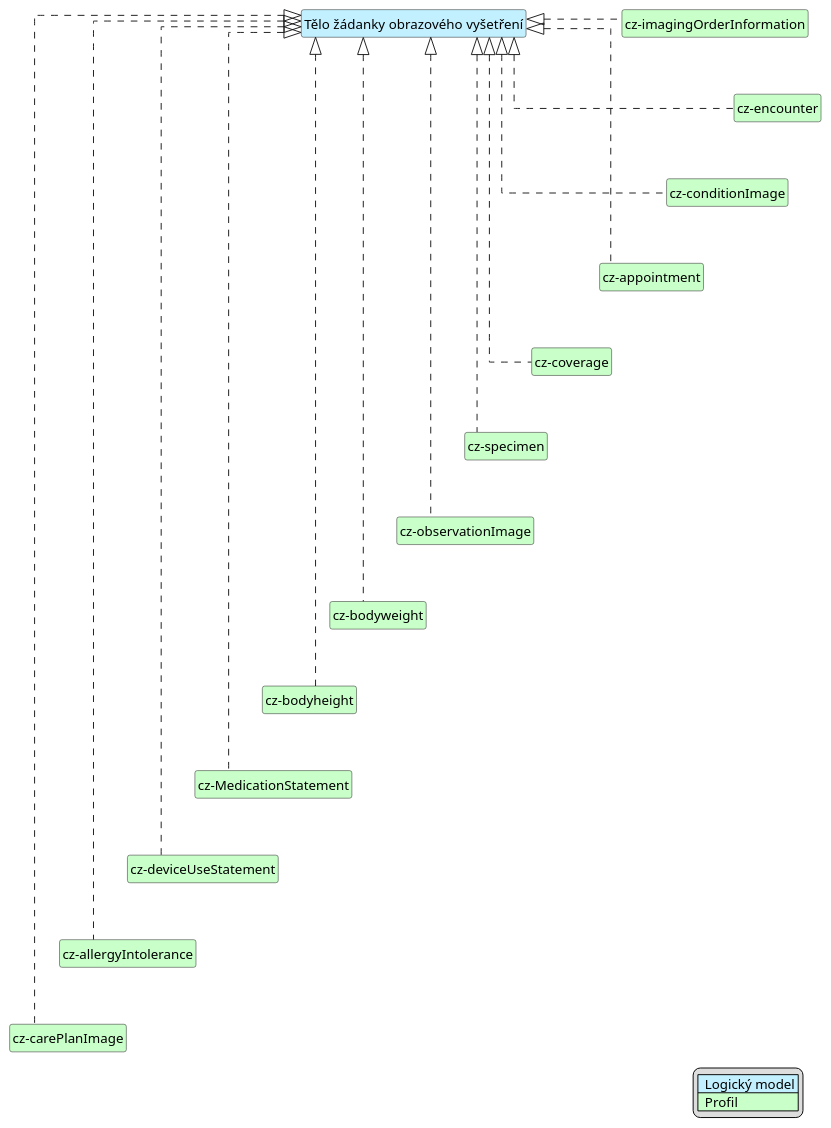
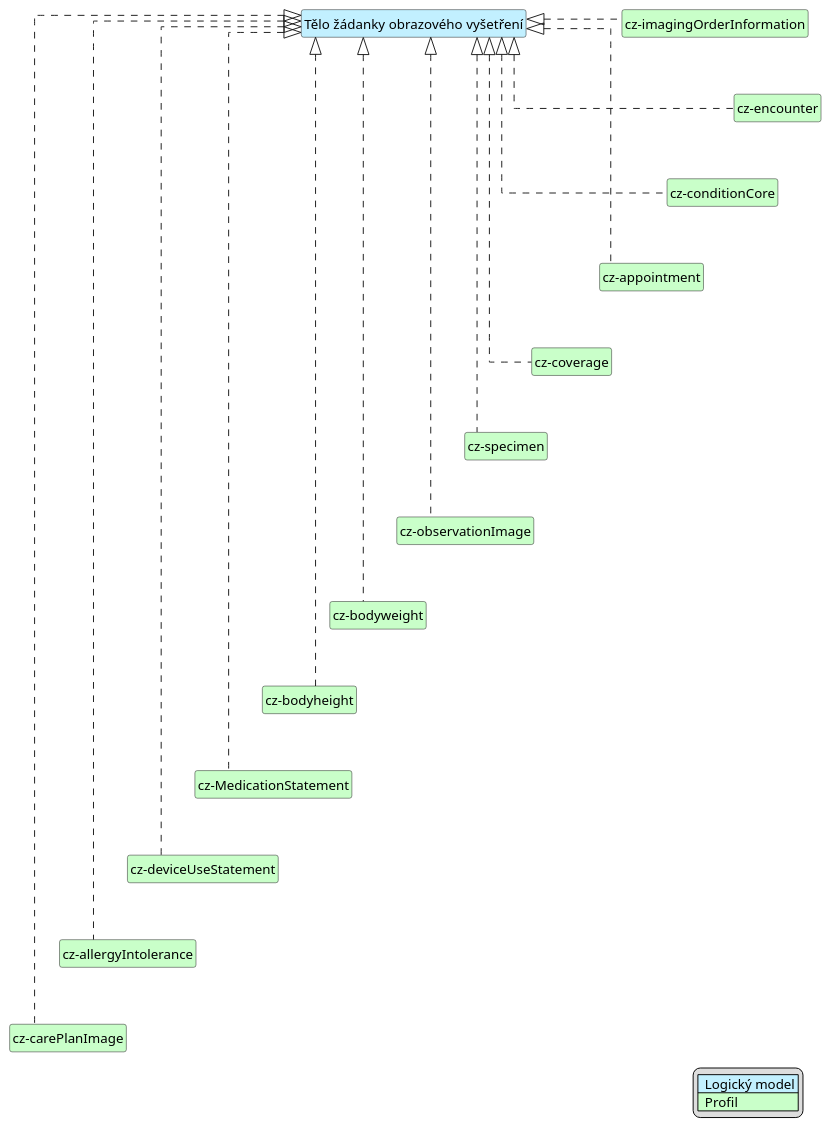
The diagram in input/images-source/imgOrderBody-map-cs.plantuml (HL7-cz/img-order), drawn with PlantUML before and after one commit. The commit also changed 4 other files, not shown here.

```diff
--- a/input/images-source/imgOrderBody-map-cs.plantuml
+++ b/input/images-source/imgOrderBody-map-cs.plantuml
@@ -1,58 +1,58 @@
 @startuml
 hide circle
 hide stereotype
 hide members
 hide methods
 skinparam linetype ortho
 skinparam class {
 BackgroundColor<<LogicalModel>> #APPLICATION
 BackgroundColor<<Profile>> #TECHNOLOGY
 }
 legend right
 | <#APPLICATION>  Logický model |
 | <#TECHNOLOGY>  Profil |
 endlegend
 class "Tělo žádanky obrazového vyšetření" <<LogicalModel>> [[StructureDefinition-BodyImageOrderCz.html]]
 
 class "cz-imagingOrderInformation" <<Profile>> [[StructureDefinition-cz-imagingOrderInformation.html]]
-class "cz-conditionImage" <<Profile>> [[https://hl7.cz/fhir/core/StructureDefinition-condition-cz-core.html]]
+class "cz-conditionCore" <<Profile>> [[https://hl7.cz/fhir/core/StructureDefinition-condition-cz-core.html]]
 class "cz-encounter" <<Profile>> [[https://hl7.cz/fhir/core/StructureDefinition-cz-encounter.html]]
 class "cz-coverage" <<Profile>> [[https://hl7.cz/fhir/core/StructureDefinition-cz-coverage.html]]
 class "cz-appointment" <<Profile>> [[https://hl7.cz/fhir/core/StructureDefinition-appointment-cz-core.html]]
 class "cz-specimen" <<Profile>> [[https://hl7.cz/fhir/core/StructureDefinition-cz-specimen.html]]
 class "cz-observationImage" <<Profile>> [[StructureDefinition-cz-observationImage.html]]
 class "cz-bodyweight" <<Profile>> [[StructureDefinition-cz-bodyweight.html]]
 class "cz-bodyheight" <<Profile>> [[StructureDefinition-cz-bodyheight.html]]
 class "cz-MedicationStatement" <<Profile>> [[https://hl7.cz/fhir/core/StructureDefinition-medicationStatement-cz-core.html]]
 class "cz-deviceUseStatement" <<Profile>> [[StructureDefinition-cz-deviceUseStatement.html]]
 class "cz-allergyIntolerance" <<Profile>> [[https://hl7.cz/fhir/core/StructureDefinition-allergyIntolerance-cz-core.html]]
 class "cz-carePlanImage" <<Profile>> [[https://hl7.cz/fhir/core/StructureDefinition-carePlan-cz-core.html]]
 
 "Tělo žádanky obrazového vyšetření" <|. "cz-imagingOrderInformation"
 "Tělo žádanky obrazového vyšetření" <|. "cz-appointment"
 "Tělo žádanky obrazového vyšetření" <|. "cz-coverage"
-"Tělo žádanky obrazového vyšetření" <|. "cz-conditionImage"
+"Tělo žádanky obrazového vyšetření" <|. "cz-conditionCore"
 "Tělo žádanky obrazového vyšetření" <|. "cz-encounter"
 "Tělo žádanky obrazového vyšetření" <|. "cz-specimen"
 "Tělo žádanky obrazového vyšetření" <|. "cz-observationImage"
 "Tělo žádanky obrazového vyšetření" <|. "cz-bodyweight"
 "Tělo žádanky obrazového vyšetření" <|. "cz-bodyheight"
 "Tělo žádanky obrazového vyšetření" <|. "cz-MedicationStatement"
 "Tělo žádanky obrazového vyšetření" <|. "cz-deviceUseStatement"
 "Tělo žádanky obrazového vyšetření" <|. "cz-allergyIntolerance"
 "Tělo žádanky obrazového vyšetření" <|. "cz-carePlanImage"
 
 "cz-imagingOrderInformation" -d[hidden]-> "cz-encounter"
-"cz-encounter" -d[hidden]-> "cz-conditionImage"
-"cz-conditionImage" -d[hidden]-> "cz-appointment"
+"cz-encounter" -d[hidden]-> "cz-conditionCore"
+"cz-conditionCore" -d[hidden]-> "cz-appointment"
 "cz-appointment" -d[hidden]-> "cz-coverage"
 "cz-coverage" -d[hidden]-> "cz-specimen"
 "cz-specimen" -d[hidden]-> "cz-observationImage"
 "cz-observationImage" -d[hidden]-> "cz-bodyweight"
 "cz-bodyweight" -d[hidden]-> "cz-bodyheight"
 "cz-bodyheight" -d[hidden]-> "cz-MedicationStatement"
 "cz-MedicationStatement" -d[hidden]-> "cz-deviceUseStatement"
 "cz-deviceUseStatement" -d[hidden]-> "cz-allergyIntolerance"
 "cz-allergyIntolerance" -d[hidden]-> "cz-carePlanImage"
 
 @enduml
```
